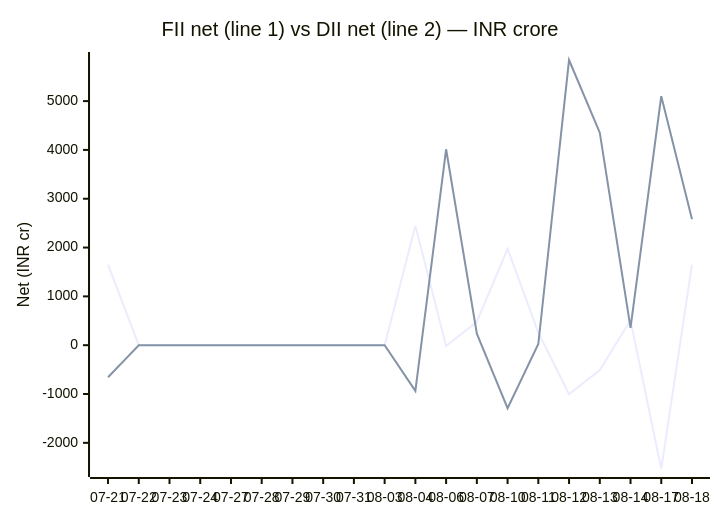
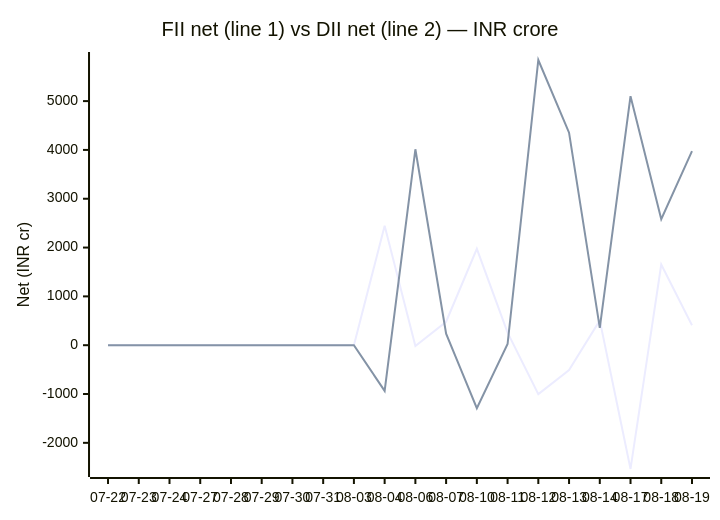
One commit to chirag127/fii-dii-activity-api changed the second of 2 diagrams in README.md. Above: the diagram before and after it, drawn with Mermaid. The commit also changed 2 other files, not shown here.

Commit message:
data: scrape 2026-08-20

````diff
--- a/README.md
+++ b/README.md
@@ -53,8 +53,8 @@
 ```mermaid
 xychart-beta
     title "FII net (line 1) vs DII net (line 2) — INR crore"
-    x-axis ["07-21", "07-22", "07-23", "07-24", "07-27", "07-28", "07-29", "07-30", "07-31", "08-03", "08-04", "08-06", "08-07", "08-10", "08-11", "08-12", "08-13", "08-14", "08-17", "08-18"]
+    x-axis ["07-22", "07-23", "07-24", "07-27", "07-28", "07-29", "07-30", "07-31", "08-03", "08-04", "08-06", "08-07", "08-10", "08-11", "08-12", "08-13", "08-14", "08-17", "08-18", "08-19"]
     y-axis "Net (INR cr)" -2536 --> 5842
-    line [1650.16, 0, 0, 0, 0, 0, 0, 0, 0, 0, 2446.47, -17.86, 480.24, 1974.76, 258.55, -1002.5, -510.69, 508.12, -2535.1, 1651.53]
-    line [-656.88, 0, 0, 0, 0, 0, 0, 0, 0, 0, -936.14, 4013.6, 235.56, -1290.29, 24.77, 5841.66, 4353.09, 356.4, 5101.46, 2579.31]
+    line [0, 0, 0, 0, 0, 0, 0, 0, 0, 2446.47, -17.86, 480.24, 1974.76, 258.55, -1002.5, -510.69, 508.12, -2535.1, 1651.53, 407.99]
+    line [0, 0, 0, 0, 0, 0, 0, 0, 0, -936.14, 4013.6, 235.56, -1290.29, 24.77, 5841.66, 4353.09, 356.4, 5101.46, 2579.31, 3973.72]
 ```
````
